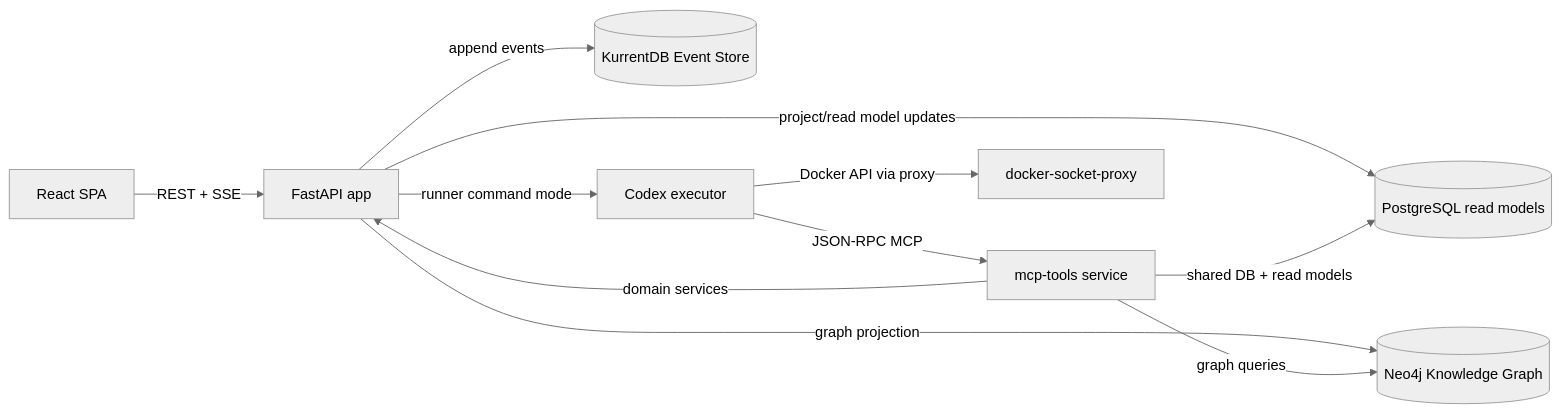
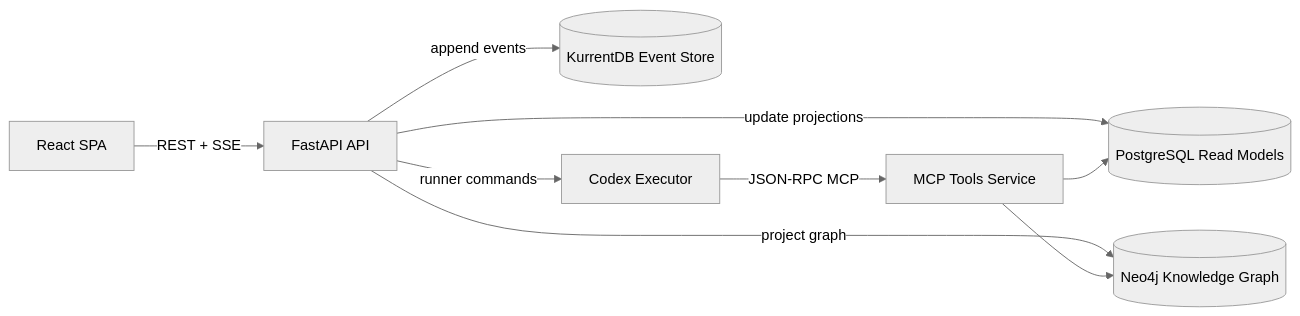
The diagram in README.md (nirm3l/constructos-dev), drawn with Mermaid (neutral theme) before and after one commit. The commit also changed other lines of this file and 9 other files, not shown here.

Commit message:
Improve Mermaid resilience and refresh README for OSS launch

````diff
--- a/README.md
+++ b/README.md
@@ -18,24 +35,11 @@
 ```mermaid
-graph LR
-  UI[React SPA]
-  API[FastAPI app]
-  PG[(PostgreSQL read models)]
-  ES[(KurrentDB Event Store)]
-  N4[(Neo4j Knowledge Graph)]
-  MCP[mcp-tools service]
-  DSP[docker-socket-proxy]
-  COD[Codex executor]
-
-  UI -->|REST + SSE| API
-  API -->|append events| ES
-  API -->|project/read model updates| PG
-  API -->|graph projection| N4
-
-  MCP -->|shared DB + read models| PG
-  MCP -->|graph queries| N4
-  MCP -->|domain services| API
-
-  COD -->|Docker API via proxy| DSP
-  COD -->|JSON-RPC MCP| MCP
-  API -->|runner command mode| COD
+flowchart LR
+  UI["React SPA"] -->|REST + SSE| API["FastAPI API"]
+  API -->|append events| ES[("KurrentDB Event Store")]
+  API -->|update projections| PG[("PostgreSQL Read Models")]
+  API -->|project graph| N4[("Neo4j Knowledge Graph")]
+  API -->|runner commands| COD["Codex Executor"]
+  COD -->|JSON-RPC MCP| MCP["MCP Tools Service"]
+  MCP --> PG
+  MCP --> N4
 ```
````
